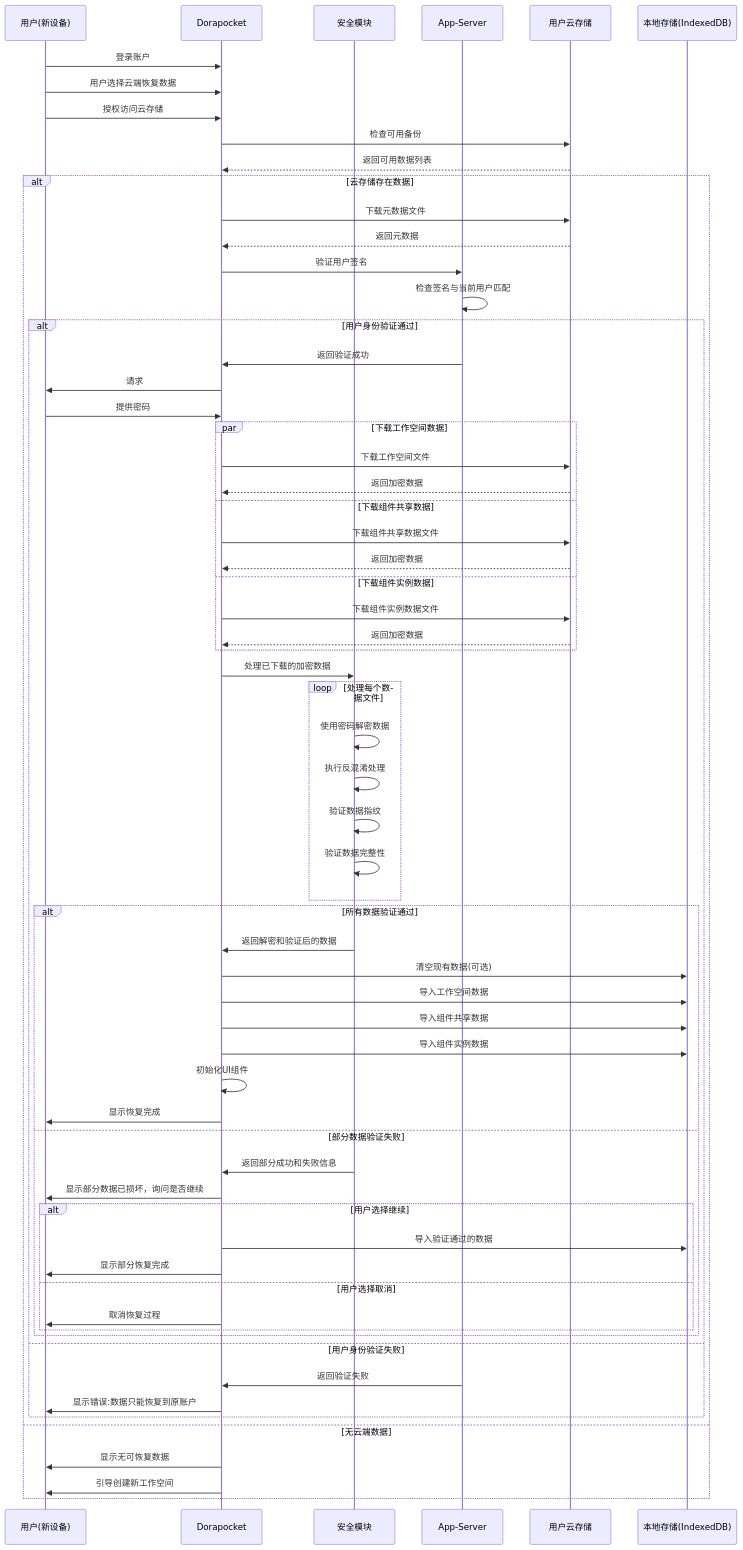
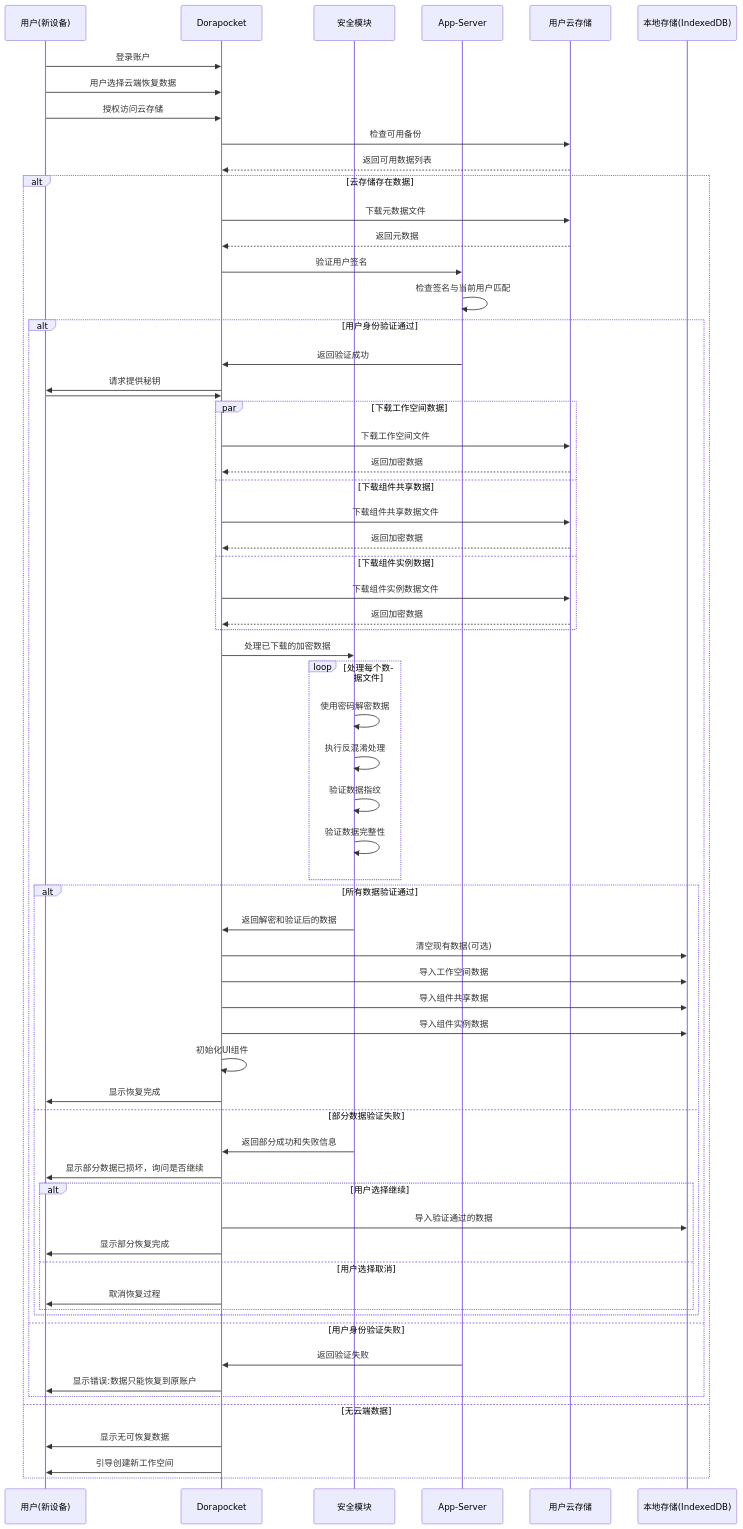
Before and after one commit to yingjianzh/iodraw-files: the diagram in all/未命名-34.md, drawn with Mermaid.

Commit message:
2025-04-17 17:08:16 update

````diff
--- a/all/未命名-34.md
+++ b/all/未命名-34.md
@@ -1,79 +1,79 @@
 ```mermaid
 sequenceDiagram
     participant User as 用户(新设备)
     participant App as Dorapocket
     participant Security as 安全模块
     participant AppServer as App-Server
     participant UserCloud as 用户云存储
     participant LocalDB as 本地存储(IndexedDB)
     
     User->>App: 登录账户
     User->>App: 用户选择云端恢复数据
     User->>App: 授权访问云存储
     
     App->>UserCloud: 检查可用备份
     UserCloud-->>App: 返回可用数据列表
     
     alt 云存储存在数据
         
         App->>UserCloud: 下载元数据文件
         UserCloud-->>App: 返回元数据
         
         App->>AppServer: 验证用户签名
         AppServer->>AppServer: 检查签名与当前用户匹配
         
         alt 用户身份验证通过
             AppServer->>App: 返回验证成功
             
-            App->>User: 请求
-            User->>App: 提供密码
+            App->>User: 请求提供秘钥
+            User->>App: 
             
             par 下载工作空间数据
                 App->>UserCloud: 下载工作空间文件
                 UserCloud-->>App: 返回加密数据
             and 下载组件共享数据
                 App->>UserCloud: 下载组件共享数据文件
                 UserCloud-->>App: 返回加密数据
             and 下载组件实例数据
                 App->>UserCloud: 下载组件实例数据文件
                 UserCloud-->>App: 返回加密数据
             end
             
             App->>Security: 处理已下载的加密数据
             loop 处理每个数据文件
                 Security->>Security: 使用密码解密数据
                 Security->>Security: 执行反混淆处理
                 Security->>Security: 验证数据指纹
                 Security->>Security: 验证数据完整性
             end
             
             alt 所有数据验证通过
                 Security->>App: 返回解密和验证后的数据
                 
                 App->>LocalDB: 清空现有数据(可选)
                 App->>LocalDB: 导入工作空间数据
                 App->>LocalDB: 导入组件共享数据
                 App->>LocalDB: 导入组件实例数据
                 
                 App->>App: 初始化UI组件
                 App->>User: 显示恢复完成
             else 部分数据验证失败
                 Security->>App: 返回部分成功和失败信息
                 App->>User: 显示部分数据已损坏，询问是否继续
                 
                 alt 用户选择继续
                     App->>LocalDB: 导入验证通过的数据
                     App->>User: 显示部分恢复完成
                 else 用户选择取消
                     App->>User: 取消恢复过程
                 end
             end
         else 用户身份验证失败
             AppServer->>App: 返回验证失败
             App->>User: 显示错误:数据只能恢复到原账户
         end
     else 无云端数据
         App->>User: 显示无可恢复数据
         App->>User: 引导创建新工作空间
     end
 ```
````
